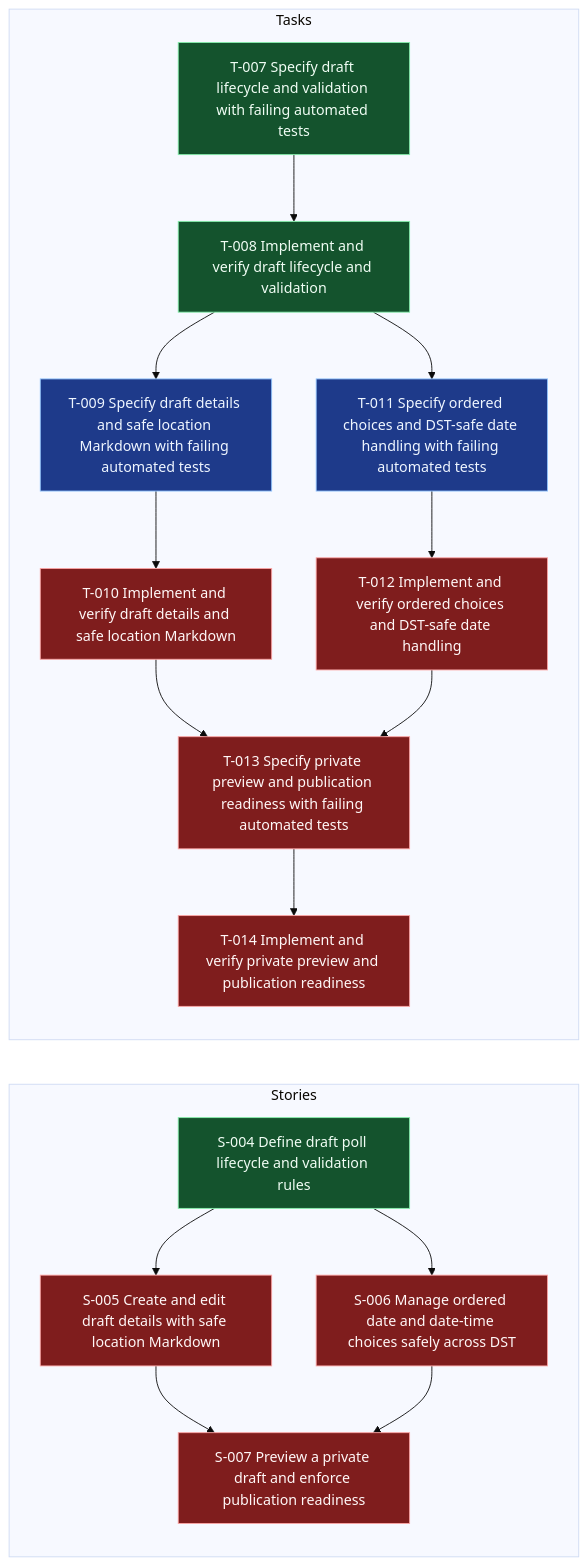
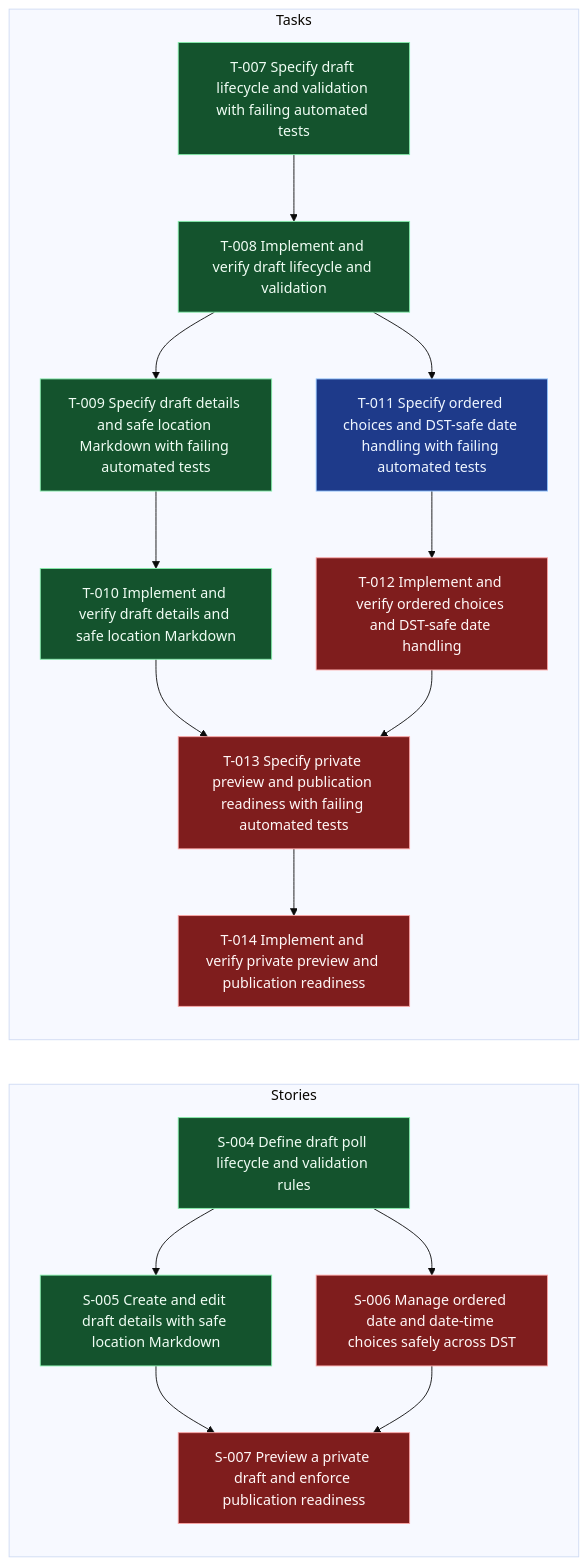
One commit to andybalham/invite-agent changed the diagram in .worktracker/graphs/E-002.mmd. Above: the diagram before and after it, drawn with Mermaid (base theme). The commit also changed 20 other files, not shown here.

```diff
--- a/.worktracker/graphs/E-002.mmd
+++ b/.worktracker/graphs/E-002.mmd
@@ -1,46 +1,46 @@
 graph LR
   classDef done fill:#14532d,stroke:#86efac,color:#f0fdf4;
   classDef blocked fill:#7f1d1d,stroke:#fca5a5,color:#fff7f7;
   classDef inprogress fill:#78350f,stroke:#fbbf24,color:#fffbeb;
   classDef todo fill:#1e3a8a,stroke:#93c5fd,color:#eff6ff;
   classDef empty fill:#374151,stroke:#d1d5db,color:#f9fafb,stroke-dasharray: 3 3;
   subgraph Stories
     S004["S-004 Define draft poll lifecycle and validation rules"]:::done
-    S005["S-005 Create and edit draft details with safe location Markdown"]:::blocked
+    S005["S-005 Create and edit draft details with safe location Markdown"]:::done
     S006["S-006 Manage ordered date and date-time choices safely across DST"]:::blocked
     S007["S-007 Preview a private draft and enforce publication readiness"]:::blocked
     S004 --> S005
     S004 --> S006
     S005 --> S007
     S006 --> S007
   end
   subgraph Tasks
     T007["T-007 Specify draft lifecycle and validation with failing automated tests"]:::done
     T008["T-008 Implement and verify draft lifecycle and validation"]:::done
-    T009["T-009 Specify draft details and safe location Markdown with failing automated tests"]:::todo
-    T010["T-010 Implement and verify draft details and safe location Markdown"]:::blocked
+    T009["T-009 Specify draft details and safe location Markdown with failing automated tests"]:::done
+    T010["T-010 Implement and verify draft details and safe location Markdown"]:::done
     T011["T-011 Specify ordered choices and DST-safe date handling with failing automated tests"]:::todo
     T012["T-012 Implement and verify ordered choices and DST-safe date handling"]:::blocked
     T013["T-013 Specify private preview and publication readiness with failing automated tests"]:::blocked
     T014["T-014 Implement and verify private preview and publication readiness"]:::blocked
     T007 --> T008
     T008 --> T009
     T008 --> T011
     T009 --> T010
     T010 --> T013
     T011 --> T012
     T012 --> T013
     T013 --> T014
   end
   click S004 "../entities/S-004-define-draft-poll-lifecycle-and-validation-rules.md"
   click S005 "../entities/S-005-create-and-edit-draft-details-with-safe-location-markdown.md"
   click S006 "../entities/S-006-manage-ordered-date-and-date-time-choices-safely-across-dst.md"
   click S007 "../entities/S-007-preview-a-private-draft-and-enforce-publication-readiness.md"
   click T007 "../entities/T-007-specify-draft-lifecycle-and-validation-with-failing-automated-tests.md"
   click T008 "../entities/T-008-implement-and-verify-draft-lifecycle-and-validation.md"
   click T009 "../entities/T-009-specify-draft-details-and-safe-location-markdown-with-failing-automated-tests.md"
   click T010 "../entities/T-010-implement-and-verify-draft-details-and-safe-location-markdown.md"
   click T011 "../entities/T-011-specify-ordered-choices-and-dst-safe-date-handling-with-failing-automated-tests.md"
   click T012 "../entities/T-012-implement-and-verify-ordered-choices-and-dst-safe-date-handling.md"
   click T013 "../entities/T-013-specify-private-preview-and-publication-readiness-with-failing-automated-tests.md"
   click T014 "../entities/T-014-implement-and-verify-private-preview-and-publication-readiness.md"
```
